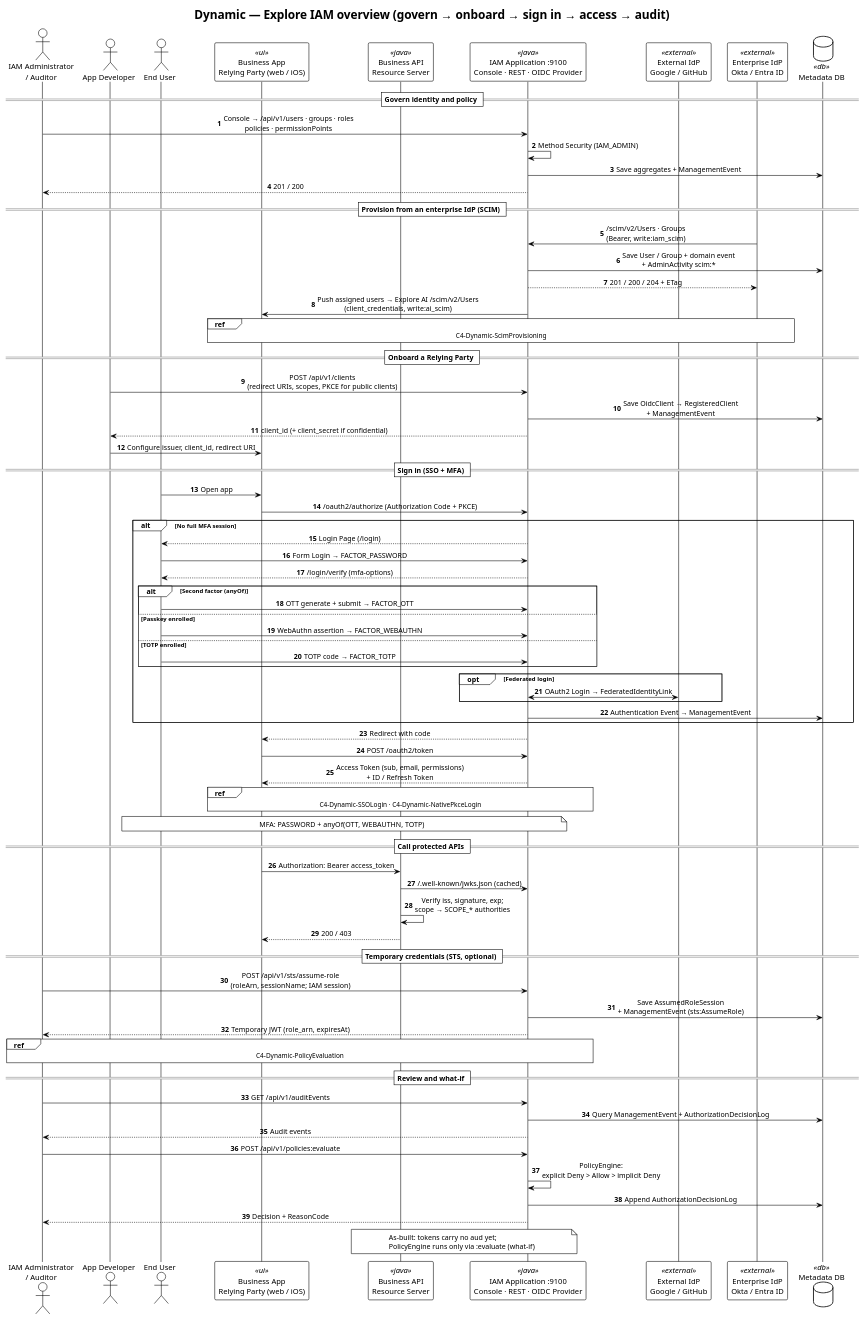
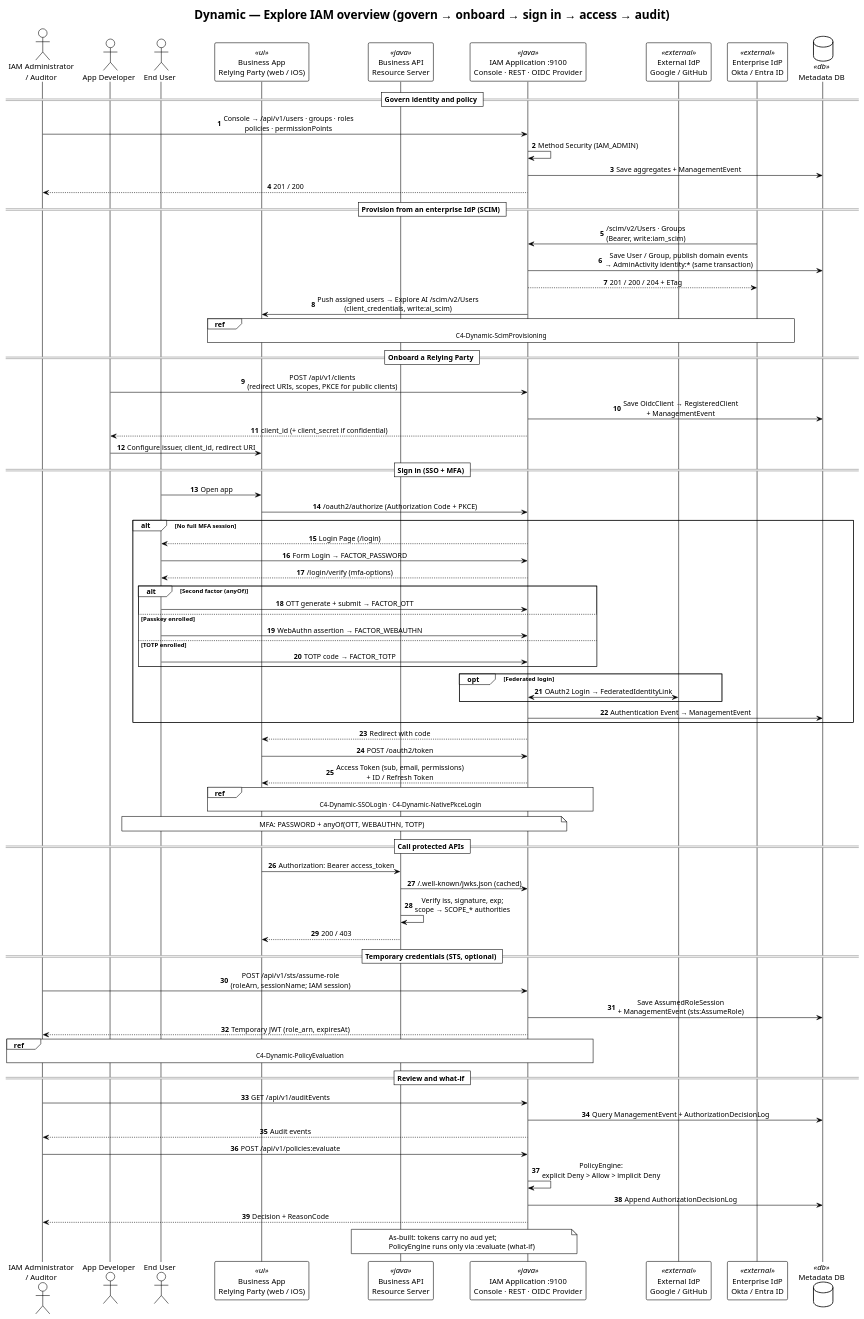
Before and after one commit to felixzhu97/explore-iam: the diagram in docs/developer/c4-model/C4-Dynamic-Overview.puml, drawn with PlantUML. The commit also changed 10 other files, not shown here.

```diff
--- a/docs/developer/c4-model/C4-Dynamic-Overview.puml
+++ b/docs/developer/c4-model/C4-Dynamic-Overview.puml
@@ -1,92 +1,92 @@
 @startuml C4-Dynamic-Overview
 !theme plain
 skinparam backgroundColor #FFFFFF
 skinparam shadowing false
 skinparam sequenceMessageAlign center
 
 title Dynamic — Explore IAM overview (govern → onboard → sign in → access → audit)
 
 autonumber
 actor "IAM Administrator\n/ Auditor" as admin
 actor "App Developer" as dev
 actor "End User" as user
 participant "Business App\nRelying Party (web / iOS)" as rp <<ui>>
 participant "Business API\nResource Server" as rs <<java>>
 participant "IAM Application :9100\nConsole · REST · OIDC Provider" as iam <<java>>
 participant "External IdP\nGoogle / GitHub" as idp <<external>>
 participant "Enterprise IdP\nOkta / Entra ID" as eidp <<external>>
 database "Metadata DB" as db <<db>>
 
 == Govern identity and policy ==
 admin -> iam: Console → /api/v1/users · groups · roles\npolicies · permissionPoints
 iam -> iam: Method Security (IAM_ADMIN)
 iam -> db: Save aggregates + ManagementEvent
 iam --> admin: 201 / 200
 
 == Provision from an enterprise IdP (SCIM) ==
 eidp -> iam: /scim/v2/Users · Groups\n(Bearer, write:iam_scim)
-iam -> db: Save User / Group + domain event\n+ AdminActivity scim:*
+iam -> db: Save User / Group, publish domain events\n→ AdminActivity identity:* (same transaction)
 iam --> eidp: 201 / 200 / 204 + ETag
 iam -> rp: Push assigned users → Explore AI /scim/v2/Users\n(client_credentials, write:ai_scim)
 ref over eidp, iam, rp : C4-Dynamic-ScimProvisioning
 
 == Onboard a Relying Party ==
 dev -> iam: POST /api/v1/clients\n(redirect URIs, scopes, PKCE for public clients)
 iam -> db: Save OidcClient → RegisteredClient\n+ ManagementEvent
 iam --> dev: client_id (+ client_secret if confidential)
 dev -> rp: Configure issuer, client_id, redirect URI
 
 == Sign in (SSO + MFA) ==
 user -> rp: Open app
 rp -> iam: /oauth2/authorize (Authorization Code + PKCE)
 alt No full MFA session
   iam --> user: Login Page (/login)
   user -> iam: Form Login → FACTOR_PASSWORD
   iam --> user: /login/verify (mfa-options)
   alt Second factor (anyOf)
     user -> iam: OTT generate + submit → FACTOR_OTT
   else Passkey enrolled
     user -> iam: WebAuthn assertion → FACTOR_WEBAUTHN
   else TOTP enrolled
     user -> iam: TOTP code → FACTOR_TOTP
   end
   opt Federated login
     iam <-> idp: OAuth2 Login → FederatedIdentityLink
   end
   iam -> db: Authentication Event → ManagementEvent
 end
 iam --> rp: Redirect with code
 rp -> iam: POST /oauth2/token
 iam --> rp: Access Token (sub, email, permissions)\n+ ID / Refresh Token
 ref over rp, iam : C4-Dynamic-SSOLogin · C4-Dynamic-NativePkceLogin
 note over user, iam
   MFA: PASSWORD + anyOf(OTT, WEBAUTHN, TOTP)
 end note
 
 == Call protected APIs ==
 rp -> rs: Authorization: Bearer access_token
 rs -> iam: /.well-known/jwks.json (cached)
 rs -> rs: Verify iss, signature, exp;\nscope → SCOPE_* authorities
 rs --> rp: 200 / 403
 
 == Temporary credentials (STS, optional) ==
 admin -> iam: POST /api/v1/sts/assume-role\n(roleArn, sessionName; IAM session)
 iam -> db: Save AssumedRoleSession\n+ ManagementEvent (sts:AssumeRole)
 iam --> admin: Temporary JWT (role_arn, expiresAt)
 ref over admin, iam : C4-Dynamic-PolicyEvaluation
 
 == Review and what-if ==
 admin -> iam: GET /api/v1/auditEvents
 iam -> db: Query ManagementEvent + AuthorizationDecisionLog
 iam --> admin: Audit events
 admin -> iam: POST /api/v1/policies:evaluate
 iam -> iam: PolicyEngine:\nexplicit Deny > Allow > implicit Deny
 iam -> db: Append AuthorizationDecisionLog
 iam --> admin: Decision + ReasonCode
 
 note over rs, iam
   As-built: tokens carry no aud yet;
   PolicyEngine runs only via :evaluate (what-if)
 end note
 
 @enduml
```
